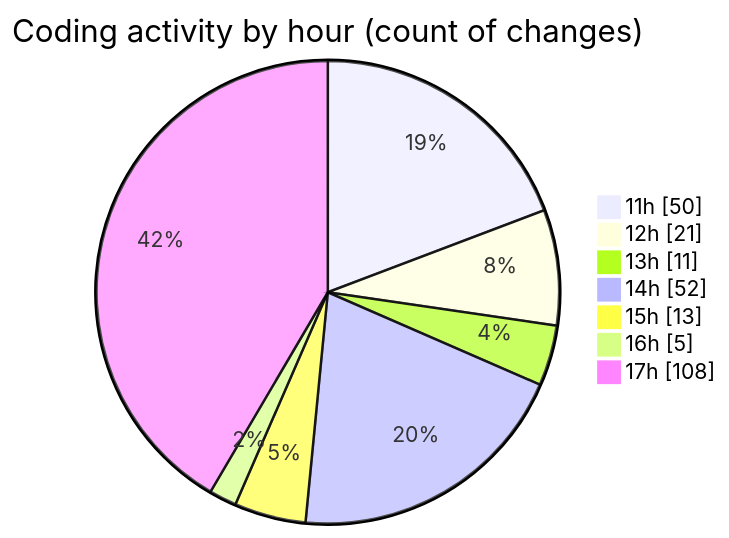
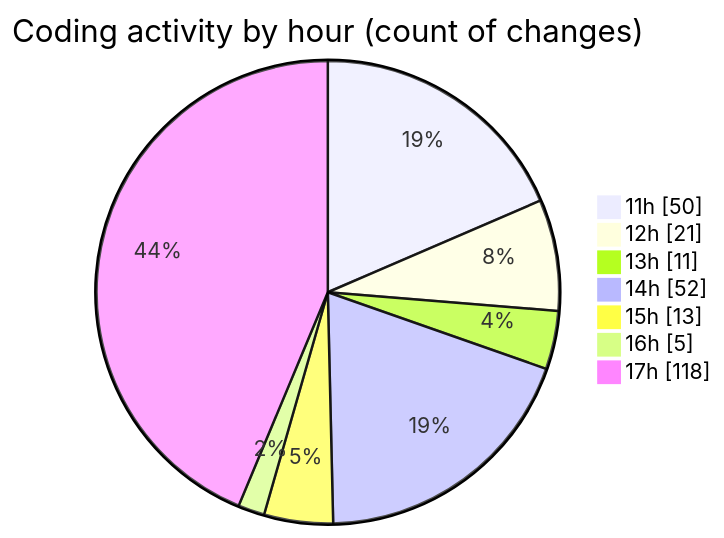
One commit to tmsrecording-cyber/code-tracking changed the second of 2 diagrams in 2026-02-06/singularitybrainai/README.md. Above: the diagram before and after it, drawn with Mermaid. The commit also changed other lines of this file and 1 other file, not shown here.

````diff
--- a/2026-02-06/singularitybrainai/README.md
+++ b/2026-02-06/singularitybrainai/README.md
@@ -43,11 +43,11 @@
 ```mermaid
 pie showData
 title Coding activity by hour (count of changes)
 "11h" : 50
 "12h" : 21
 "13h" : 11
 "14h" : 52
 "15h" : 13
 "16h" : 5
-"17h" : 108
+"17h" : 118
 ```
````
